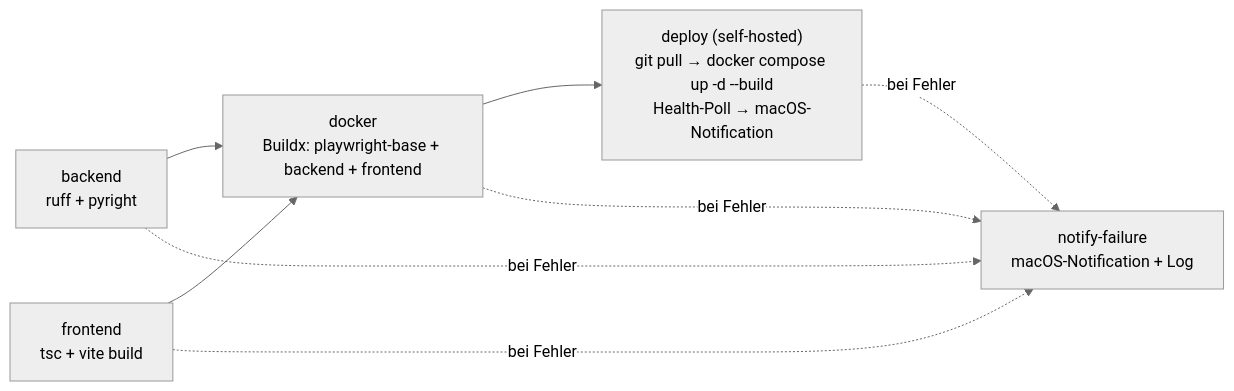
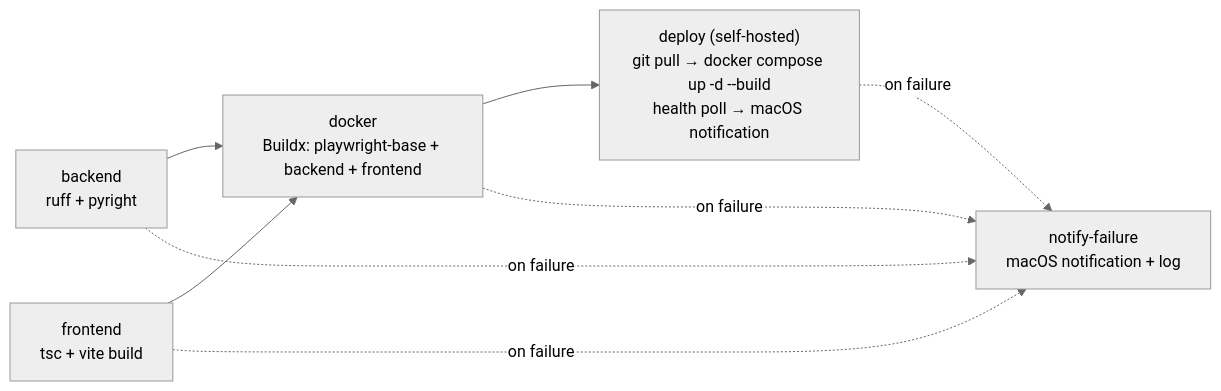
Before and after one commit to EGulinsky/rapport: the ninth of 9 diagrams in docs/ARCHITECTURE.md, drawn with Mermaid (neutral theme). The commit also changed other lines of this file and 6 other files, not shown here.

````diff
--- a/docs/ARCHITECTURE.md
+++ b/docs/ARCHITECTURE.md
@@ -789,10 +789,10 @@
 ```mermaid
 flowchart LR
     A[backend<br/>ruff + pyright] --> C[docker<br/>Buildx: playwright-base + backend + frontend]
     B[frontend<br/>tsc + vite build] --> C
-    C --> D["deploy (self-hosted)<br/>git pull → docker compose up -d --build<br/>Health-Poll → macOS-Notification"]
-    D -.->|bei Fehler| E[notify-failure<br/>macOS-Notification + Log]
-    A -.->|bei Fehler| E
-    B -.->|bei Fehler| E
-    C -.->|bei Fehler| E
+    C --> D["deploy (self-hosted)<br/>git pull → docker compose up -d --build<br/>health poll → macOS notification"]
+    D -.->|on failure| E[notify-failure<br/>macOS notification + log]
+    A -.->|on failure| E
+    B -.->|on failure| E
+    C -.->|on failure| E
 ```
````
